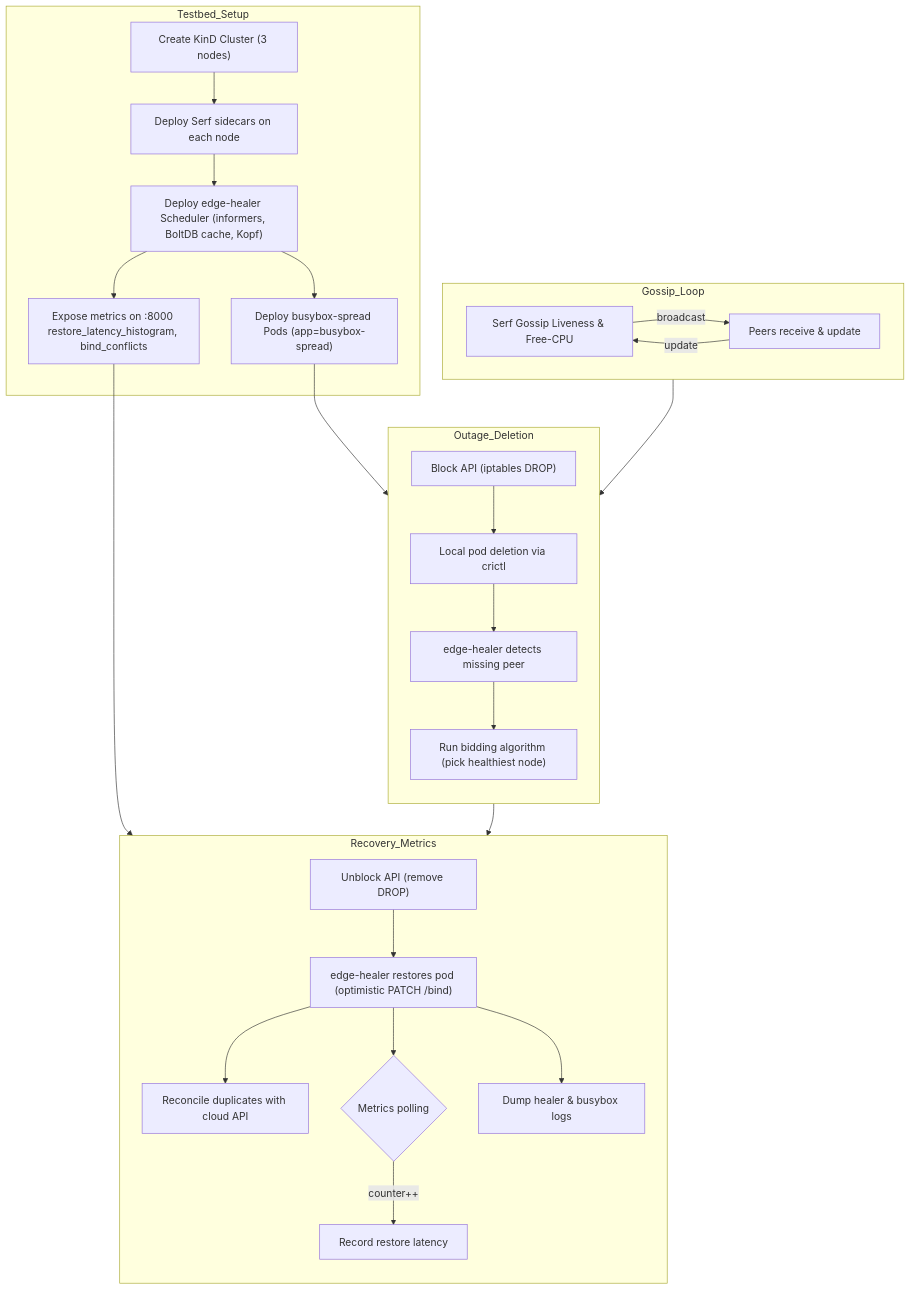
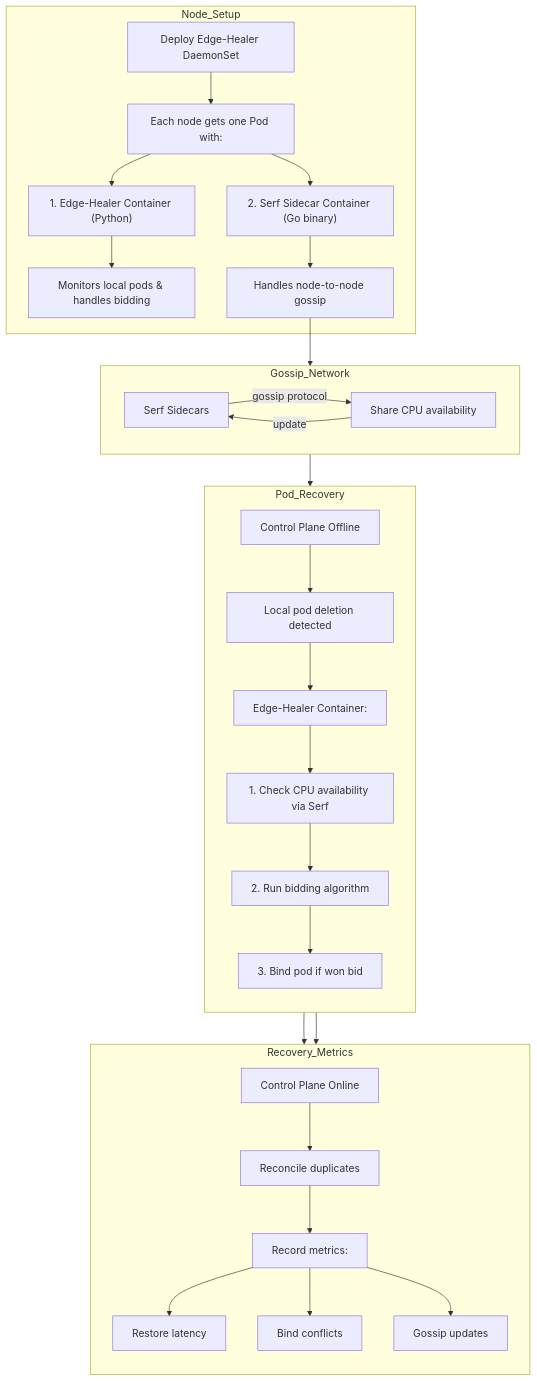
One commit to dlamagna/kubernetes-edge-healer changed the diagram in README.md. Above: the diagram before and after it, drawn with Mermaid. The commit also changed other lines of this file, not shown here.

````diff
--- a/README.md
+++ b/README.md
@@ -20,37 +20,39 @@
 ```mermaid
 flowchart TD
-  subgraph Testbed_Setup
-    A1["Create KinD Cluster (3 nodes)"] --> A2["Deploy Serf sidecars on each node"]
-    A2 --> A3["Deploy edge-healer Scheduler (informers, BoltDB cache, Kopf)"]
-    A3 --> A4["Deploy busybox-spread Pods (app=busybox-spread)"]
-    A3 --> M1["Expose metrics on :8000 restore_latency_histogram, bind_conflicts"]
+  subgraph Node_Setup
+    A1["Deploy Edge-Healer DaemonSet"] --> A2["Each node gets one Pod with:"]
+    A2 --> A3["1. Edge-Healer Container (Python)"]
+    A2 --> A4["2. Serf Sidecar Container (Go binary)"]
+    A3 --> A5["Monitors local pods & handles bidding"]
+    A4 --> A6["Handles node-to-node gossip"]
   end
 
-  subgraph Gossip_Loop
+  subgraph Gossip_Network
     direction LR
-    G1["Serf Gossip Liveness & Free-CPU"] -->|broadcast| G2["Peers receive & update"]
+    G1["Serf Sidecars"] -->|gossip protocol| G2["Share CPU availability"]
     G2 -->|update| G1
   end
 
-  subgraph Outage_Deletion
+  subgraph Pod_Recovery
     direction TB
-    B1["Block API (iptables DROP)"] --> B2["Local pod deletion via crictl"]
-    B2 --> B3["edge-healer detects missing peer"]
-    B3 --> B4["Run bidding algorithm (pick healthiest node)"]
+    B1["Control Plane Offline"] --> B2["Local pod deletion detected"]
+    B2 --> B3["Edge-Healer Container:"]
+    B3 --> B4["1. Check CPU availability via Serf"]
+    B4 --> B5["2. Run bidding algorithm"]
+    B5 --> B6["3. Bind pod if won bid"]
   end
 
   subgraph Recovery_Metrics
     direction TB
-    B4 --> C1["Unblock API (remove DROP)"]
-    C1 --> C2["edge-healer restores pod (optimistic PATCH /bind)"]
-    C2 --> C3["Reconcile duplicates with cloud API"]
-    C2 --> M2{"Metrics polling"}
-    M2 -->|counter++| M3["Record restore latency"]
-    C2 --> L1["Dump healer & busybox logs"]
+    B6 --> C1["Control Plane Online"]
+    C1 --> C2["Reconcile duplicates"]
+    C2 --> C3["Record metrics:"]
+    C3 --> M1["Restore latency"]
+    C3 --> M2["Bind conflicts"]
+    C3 --> M3["Gossip updates"]
   end
 
-  A4 --> B1
-  M1 --> M2
-  G2 --> B2
-
+  A6 --> G1
+  G2 --> B4
+  B6 --> C1
 ```
````
